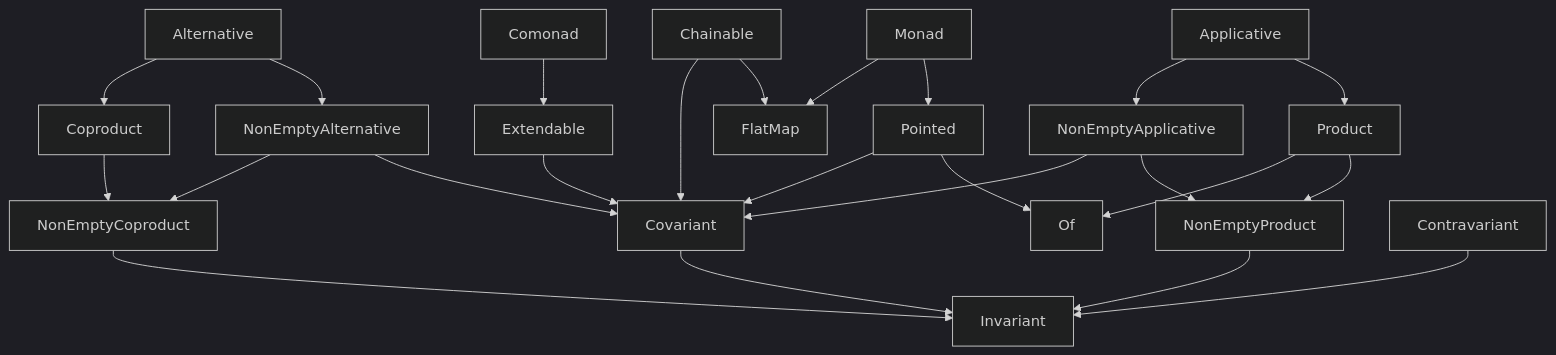
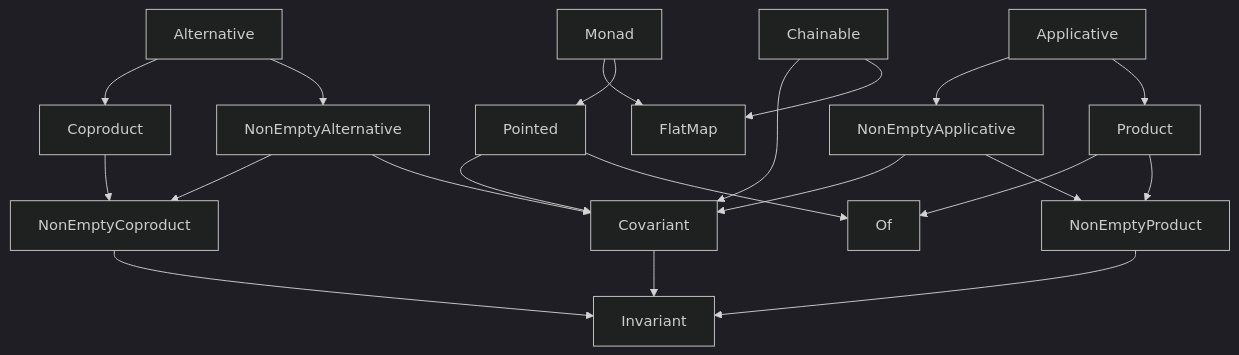
One commit to fp-ts/core changed the diagram in Overview.md. Above: the diagram before and after it, drawn with Mermaid (dark theme). The commit also changed other lines of this file and 4 other files, not shown here.

Commit message:
move Extendable, Comonad to limbo

````diff
--- a/Overview.md
+++ b/Overview.md
@@ -110,26 +110,23 @@
 ```mermaid
 flowchart TD
     Alternative --> NonEmptyAlternative
     Alternative --> Coproduct
     Applicative --> Product
     Coproduct --> NonEmptyCoproduct
     NonEmptyAlternative --> Covariant
     NonEmptyAlternative --> NonEmptyCoproduct
     NonEmptyApplicative --> NonEmptyProduct
     NonEmptyApplicative --> Covariant
     Applicative --> NonEmptyApplicative
-    Comonad --> Extendable
-    Extendable --> Covariant
     Chainable --> FlatMap
     Chainable ---> Covariant
     Monad --> Pointed
     Monad --> FlatMap
     Pointed --> Of
     Pointed --> Covariant
     Product --> NonEmptyProduct
     Product --> Of
     NonEmptyProduct --> Invariant
     Covariant --> Invariant
-    Contravariant --> Invariant
     NonEmptyCoproduct --> Invariant
 ```
````
